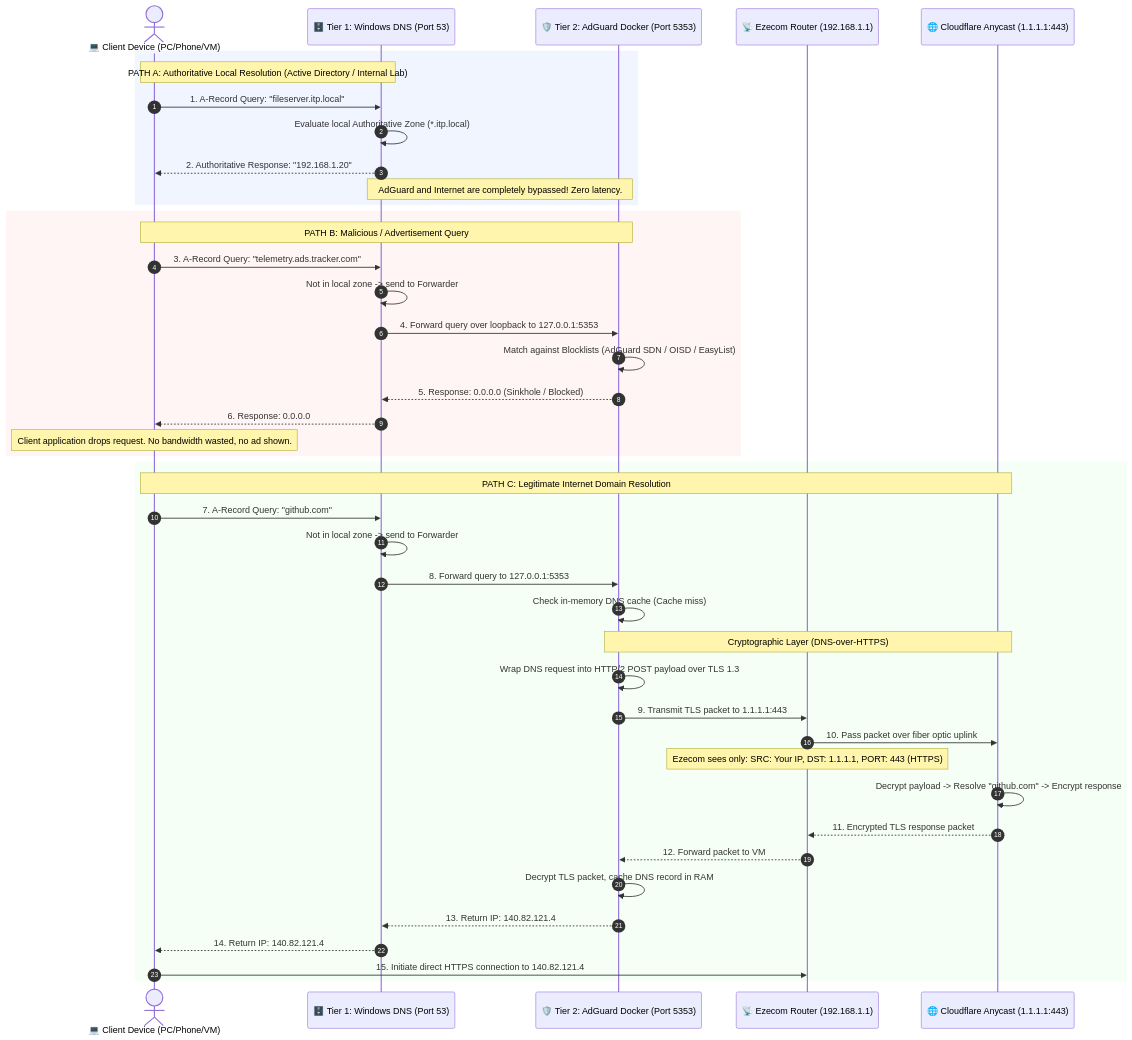
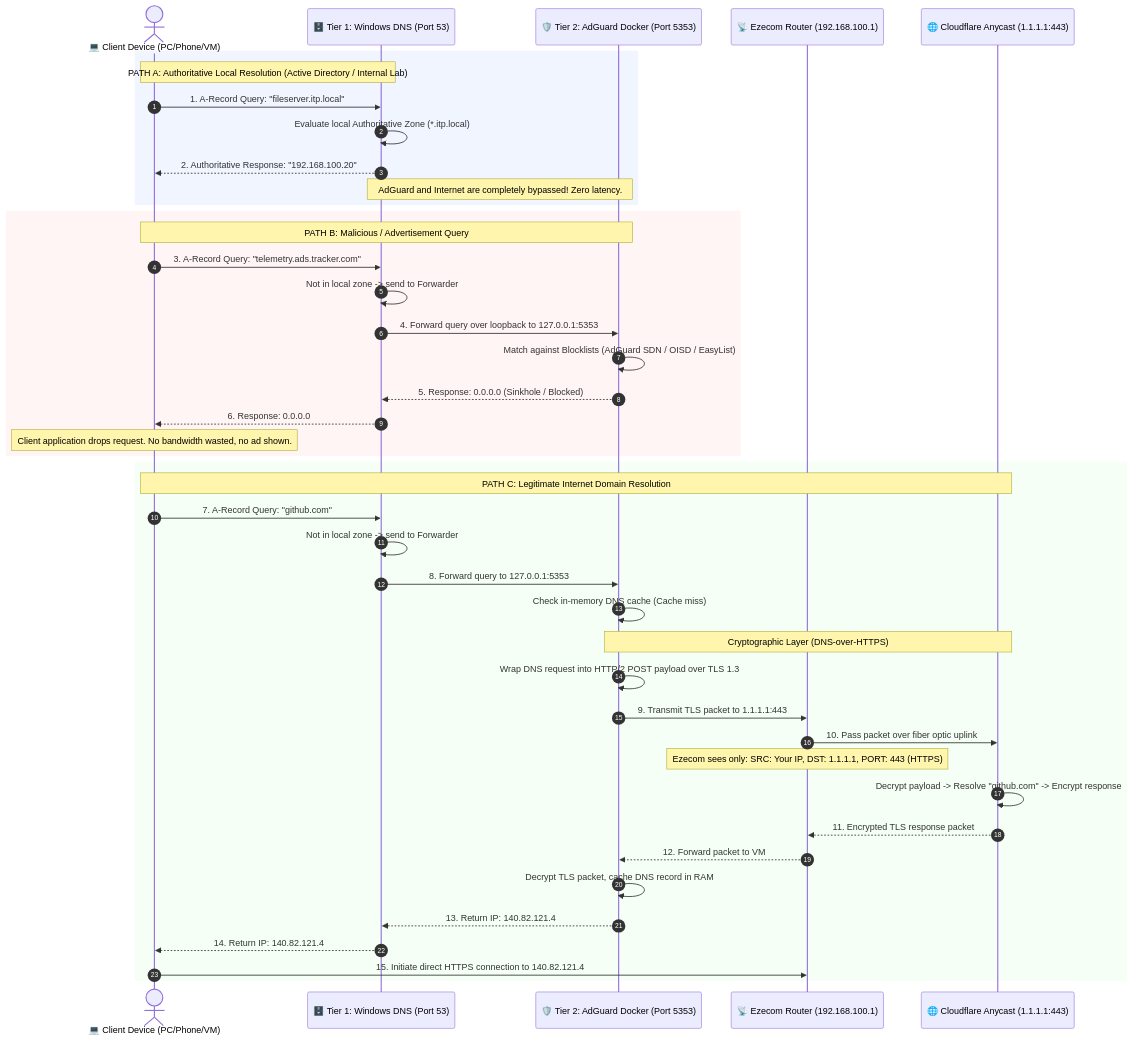
The second of 2 diagrams in dns-architecture.md (seang454/window-server-deploymennt), drawn with Mermaid before and after one commit. The commit also changed other lines of this file and 1 other file, not shown here.

````diff
--- a/dns-architecture.md
+++ b/dns-architecture.md
@@ -71,50 +71,50 @@
 ```mermaid
 sequenceDiagram
     autonumber
     actor Client as 💻 Client Device (PC/Phone/VM)
     participant WinDNS as 🗄️ Tier 1: Windows DNS (Port 53)
     participant AdGuard as 🛡️ Tier 2: AdGuard Docker (Port 5353)
-    participant Ezecom as 📡 Ezecom Router (192.168.1.1)
+    participant Ezecom as 📡 Ezecom Router (192.168.100.1)
     participant Cloudflare as 🌐 Cloudflare Anycast (1.1.1.1:443)
 
     rect rgb(240, 245, 255)
     Note over Client, WinDNS: PATH A: Authoritative Local Resolution (Active Directory / Internal Lab)
     Client->>WinDNS: 1. A-Record Query: "fileserver.itp.local"
     WinDNS->>WinDNS: Evaluate local Authoritative Zone (*.itp.local)
-    WinDNS-->>Client: 2. Authoritative Response: "192.168.1.20"
+    WinDNS-->>Client: 2. Authoritative Response: "192.168.100.20"
     Note over WinDNS, AdGuard: AdGuard and Internet are completely bypassed! Zero latency.
     end
 
     rect rgb(255, 245, 245)
     Note over Client, AdGuard: PATH B: Malicious / Advertisement Query
     Client->>WinDNS: 3. A-Record Query: "telemetry.ads.tracker.com"
     WinDNS->>WinDNS: Not in local zone -> send to Forwarder
     WinDNS->>AdGuard: 4. Forward query over loopback to 127.0.0.1:5353
     AdGuard->>AdGuard: Match against Blocklists (AdGuard SDN / OISD / EasyList)
     AdGuard-->>WinDNS: 5. Response: 0.0.0.0 (Sinkhole / Blocked)
     WinDNS-->>Client: 6. Response: 0.0.0.0
     Note over Client: Client application drops request. No bandwidth wasted, no ad shown.
     end
 
     rect rgb(245, 255, 245)
     Note over Client, Cloudflare: PATH C: Legitimate Internet Domain Resolution
     Client->>WinDNS: 7. A-Record Query: "github.com"
     WinDNS->>WinDNS: Not in local zone -> send to Forwarder
     WinDNS->>AdGuard: 8. Forward query to 127.0.0.1:5353
     AdGuard->>AdGuard: Check in-memory DNS cache (Cache miss)
     
     Note over AdGuard, Cloudflare: Cryptographic Layer (DNS-over-HTTPS)
     AdGuard->>AdGuard: Wrap DNS request into HTTP/2 POST payload over TLS 1.3
     AdGuard->>Ezecom: 9. Transmit TLS packet to 1.1.1.1:443
     Ezecom->>Cloudflare: 10. Pass packet over fiber optic uplink
     Note over Ezecom: Ezecom sees only: SRC: Your IP, DST: 1.1.1.1, PORT: 443 (HTTPS)
     
     Cloudflare->>Cloudflare: Decrypt payload -> Resolve "github.com" -> Encrypt response
     Cloudflare-->>Ezecom: 11. Encrypted TLS response packet
     Ezecom-->>AdGuard: 12. Forward packet to VM
     AdGuard->>AdGuard: Decrypt TLS packet, cache DNS record in RAM
     AdGuard-->>WinDNS: 13. Return IP: 140.82.121.4
     WinDNS-->>Client: 14. Return IP: 140.82.121.4
     Client->>Ezecom: 15. Initiate direct HTTPS connection to 140.82.121.4
     end
 ```
````
